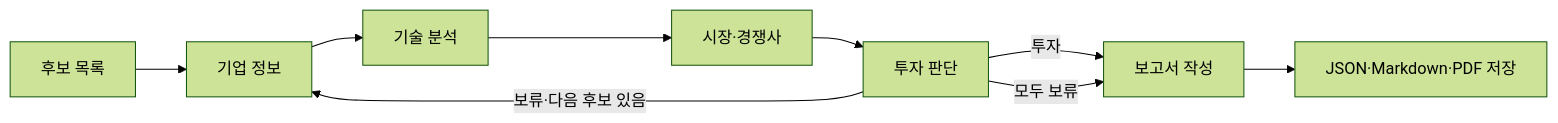
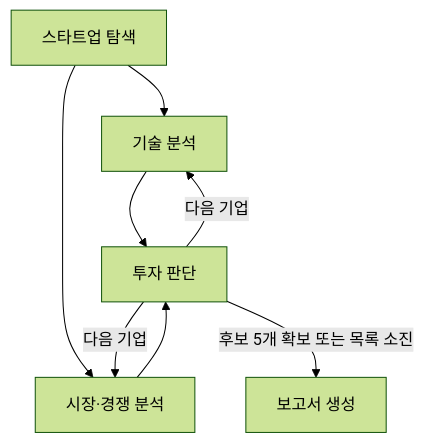
The diagram in README.md (nowjinpark/ai-startup-investment-agent), drawn with Mermaid (forest theme) before and after one commit. The commit also changed other lines of this file and 86 other files, not shown here.

````diff
--- a/README.md
+++ b/README.md
@@ -54,8 +62,10 @@
 ```mermaid
-flowchart LR
-    A[후보 목록] --> B[기업 정보] --> C[기술 분석] --> D[시장·경쟁사] --> E[투자 판단]
-    E -->|투자| F[보고서 작성]
-    E -->|보류·다음 후보 있음| B
-    E -->|모두 보류| F
-    F --> G[JSON·Markdown·PDF 저장]
+graph TD
+    A[스타트업 탐색] --> B[기술 분석]
+    A --> C[시장·경쟁 분석]
+    B --> D[투자 판단]
+    C --> D
+    D -->|다음 기업| B
+    D -->|다음 기업| C
+    D -->|후보 5개 확보 또는 목록 소진| E[보고서 생성]
 ```
````
